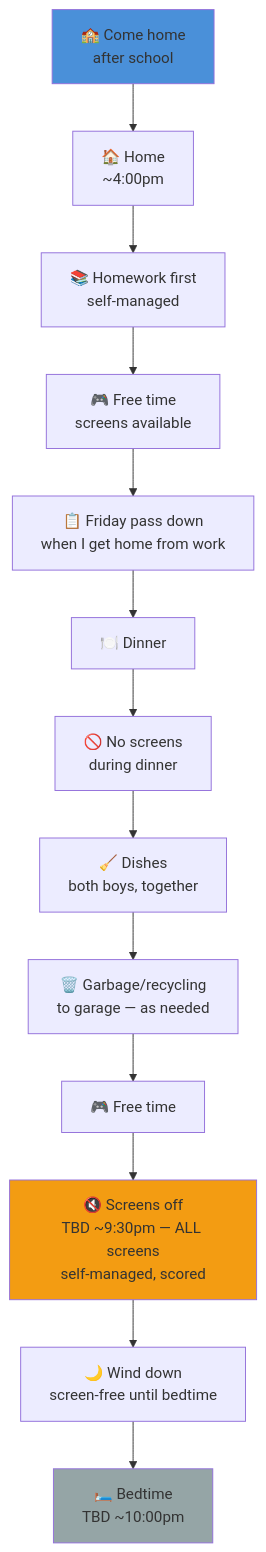
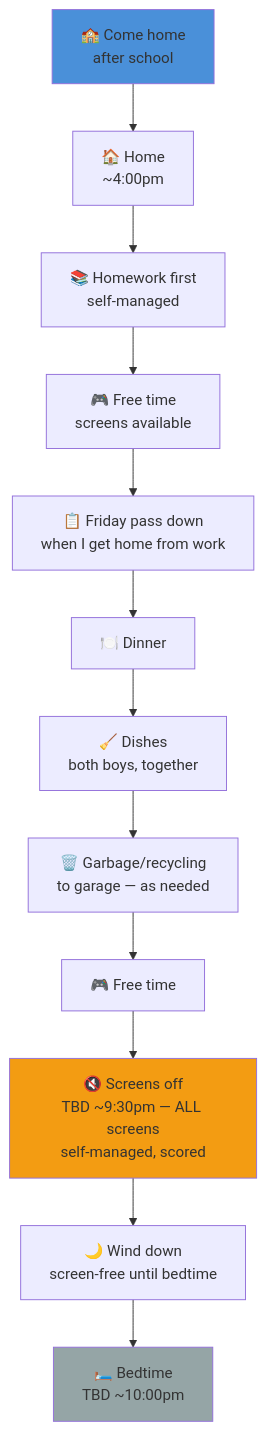
One commit to ajass/technology-reset changed the second of 2 diagrams in day-types/01-friday.md. Above: the diagram before and after it, drawn with Mermaid. The commit also changed other lines of this file and 8 other files, not shown here.

First line of the commit message:
Remove 'no screens during dinner' rule — boys already get it

````diff
--- a/day-types/01-friday.md
+++ b/day-types/01-friday.md
@@ -47,19 +46,18 @@
 ```mermaid
 flowchart TD
     A["🏫 Come home<br/>after school"] --> B["🏠 Home<br/>~4:00pm"]
     B --> C["📚 Homework first<br/>self-managed"]
     C --> D["🎮 Free time<br/>screens available"]
     D --> PD["📋 Friday pass down<br/>when I get home from work"]
     PD --> E["🍽️ Dinner"]
-    E --> F["🚫 No screens<br/>during dinner"]
-    F --> G["🧹 Dishes<br/>both boys, together"]
+    E --> G["🧹 Dishes<br/>both boys, together"]
     G --> H["🗑️ Garbage/recycling<br/>to garage — as needed"]
     H --> I["🎮 Free time"]
     I --> J["🔇 Screens off<br/>TBD ~9:30pm — ALL screens<br/>self-managed, scored"]
     J --> K["🌙 Wind down<br/>screen-free until bedtime"]
     K --> L["🛏️ Bedtime<br/>TBD ~10:00pm"]
 
     style A fill:#4a90d9
     style J fill:#f39c12
     style L fill:#95a5a6
 ```
````
